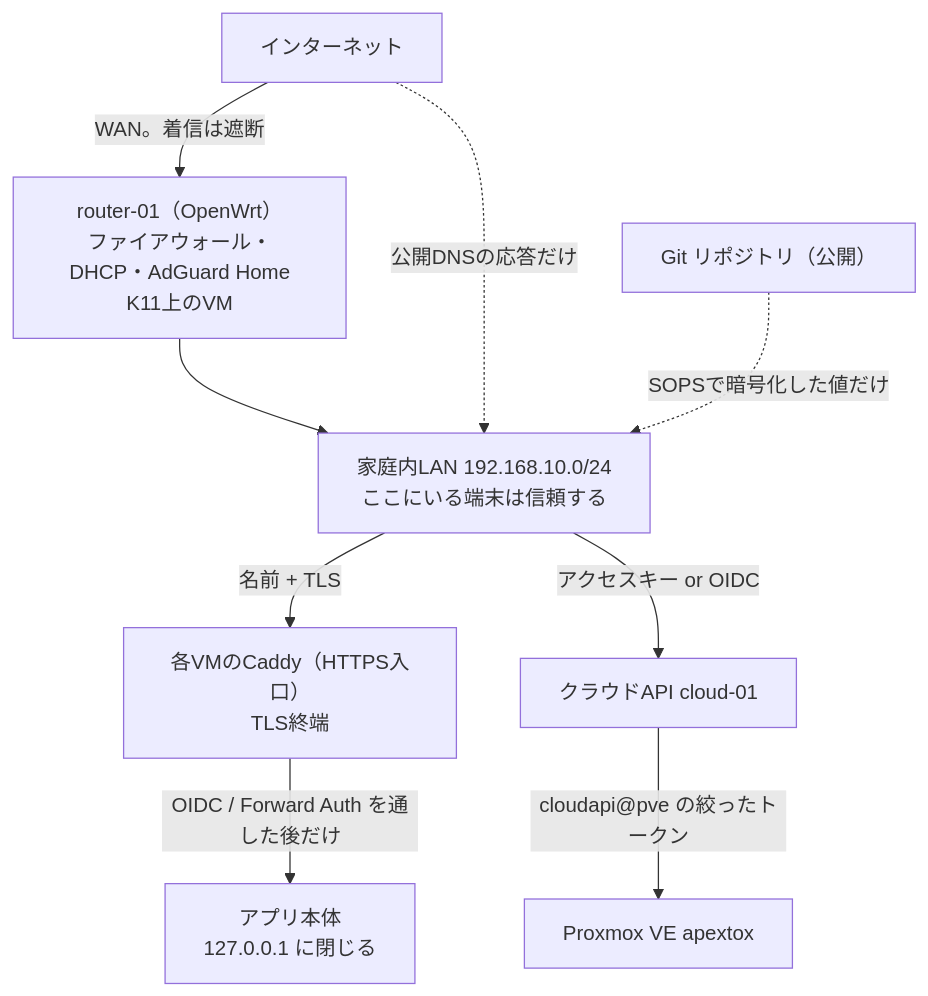
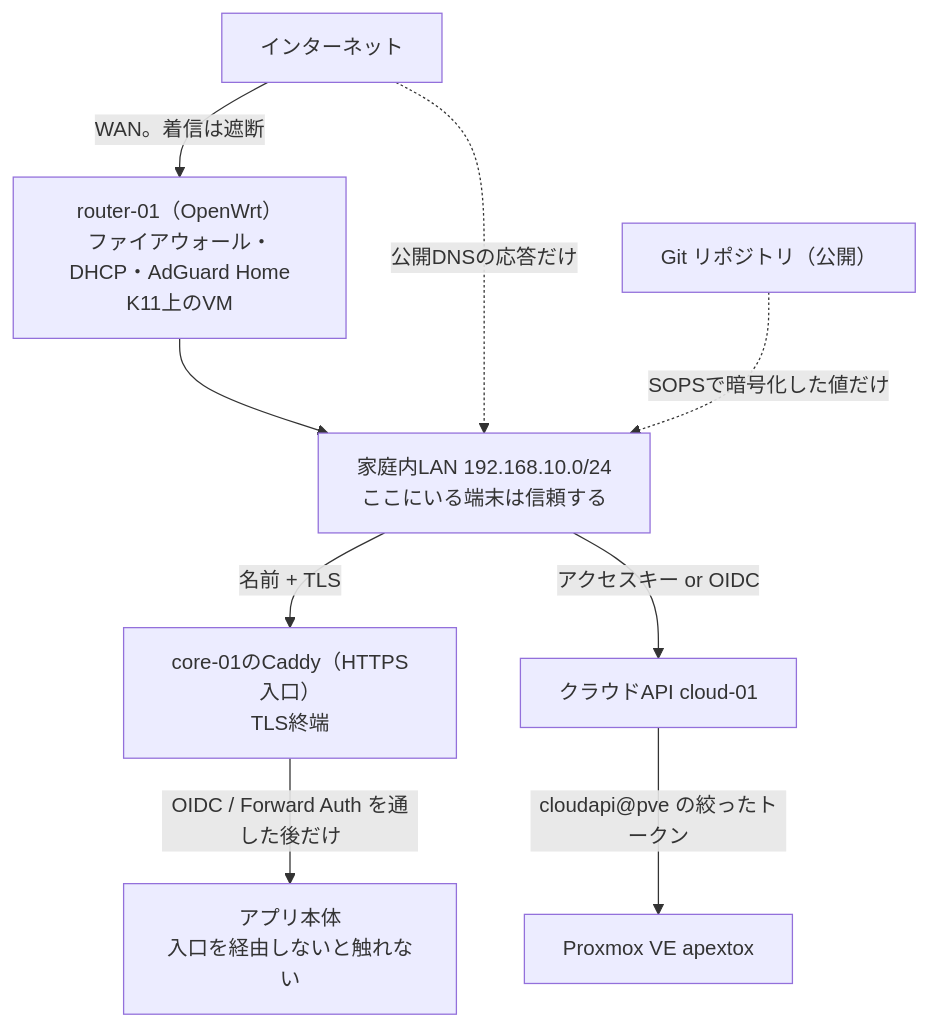
The diagram in docs/architecture/security.md (rurutheGeek/shake-cloud), drawn with Mermaid before and after one commit. The commit also changed other lines of this file and 67 other files, not shown here.

````diff
--- a/docs/architecture/security.md
+++ b/docs/architecture/security.md
@@ -36,20 +36,20 @@
 ```mermaid
 flowchart TB
   net["インターネット"]
   router["router-01（OpenWrt）<br/>ファイアウォール・DHCP・AdGuard Home<br/>K11上のVM"]
   lan["家庭内LAN 192.168.10.0/24<br/>ここにいる端末は信頼する"]
-  edge["各VMのCaddy（HTTPS入口）<br/>TLS終端"]
-  app["アプリ本体<br/>127.0.0.1 に閉じる"]
+  edge["core-01のCaddy（HTTPS入口）<br/>TLS終端"]
+  app["アプリ本体<br/>入口を経由しないと触れない"]
   api["クラウドAPI cloud-01"]
   pve["Proxmox VE apextox"]
   git["Git リポジトリ（公開）"]
 
   net -->|"WAN。着信は遮断"| router
   router --> lan
   net -. "公開DNSの応答だけ" .-> lan
   lan -->|"名前 + TLS"| edge
   edge -->|"OIDC / Forward Auth を通した後だけ"| app
   lan -->|"アクセスキー or OIDC"| api
   api -->|"cloudapi@pve の絞ったトークン"| pve
   git -. "SOPSで暗号化した値だけ" .-> lan
 ```
````
